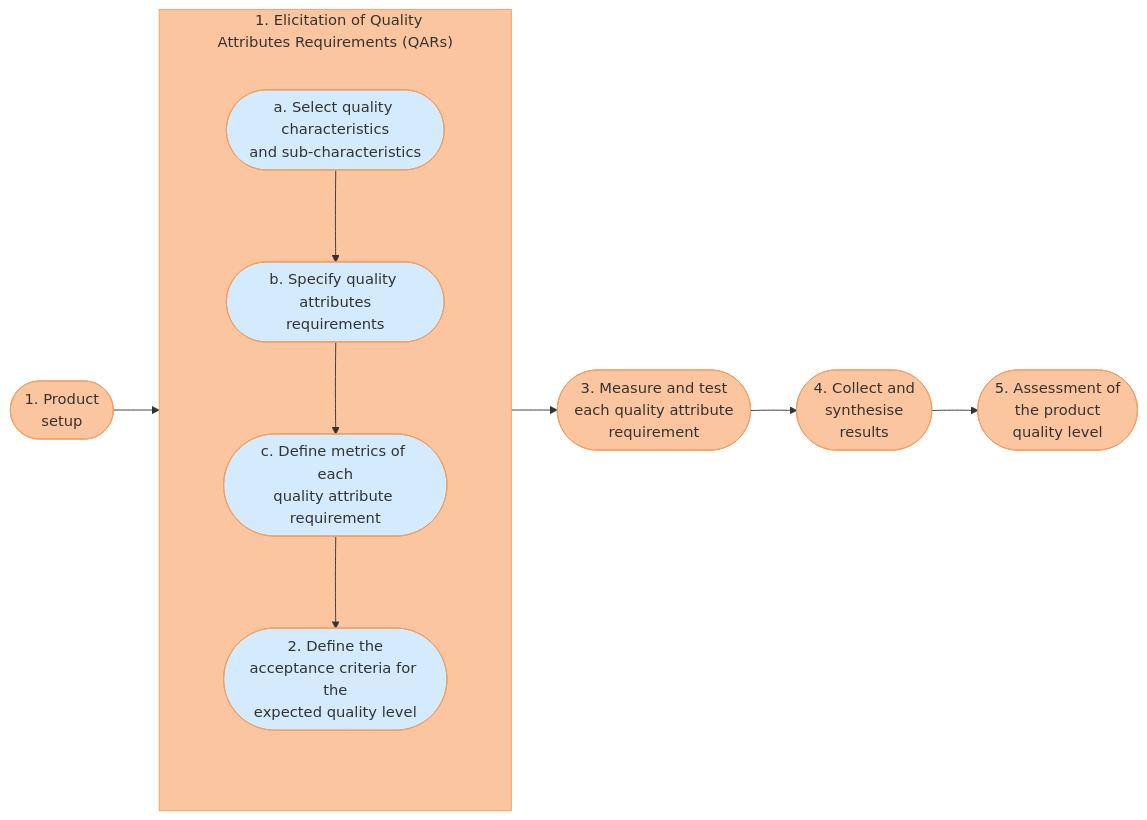
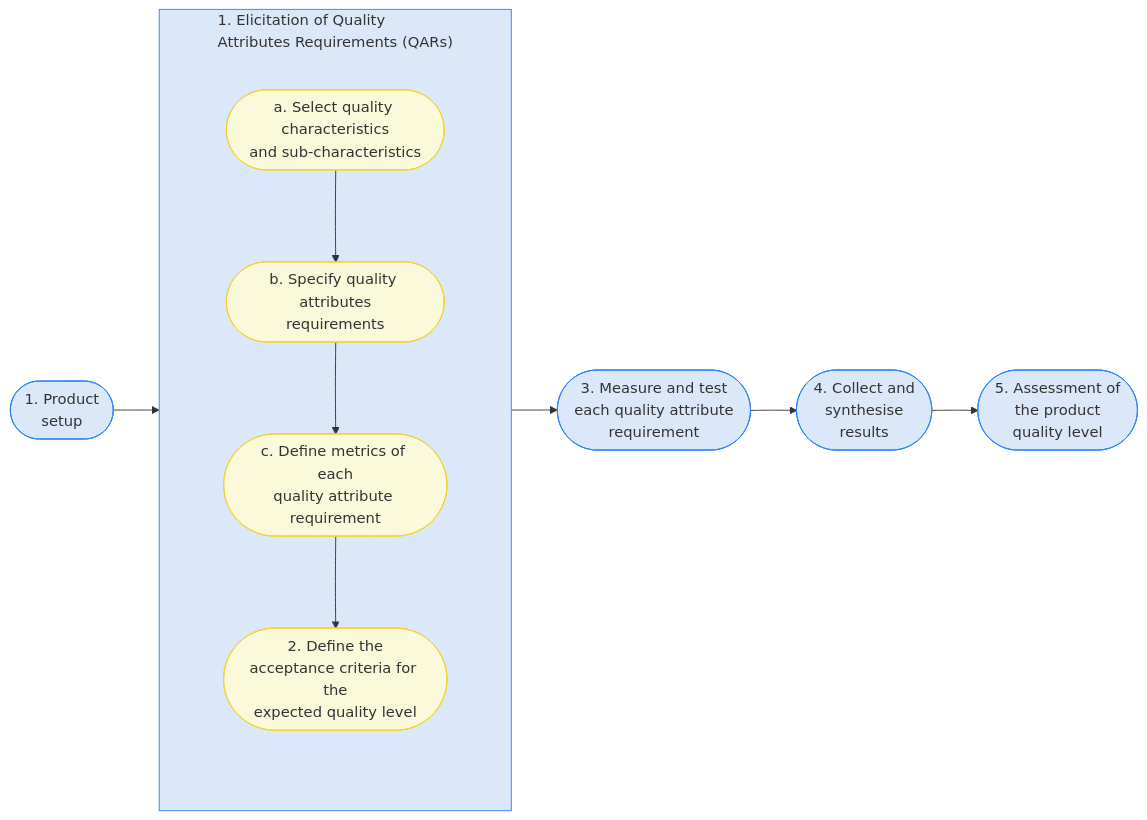
The diagram in notes/unit8_metrics/internal.md (edinburgh-napier/SET09102), drawn with Mermaid before and after one commit.

````diff
--- a/notes/unit8_metrics/internal.md
+++ b/notes/unit8_metrics/internal.md
@@ -393,40 +393,40 @@
 ``` mermaid
 flowchart LR
     classDef invisible stroke:none,fill:none
-    classDef mainStep fill:#fbc69f,stroke:#ef9f65
-    classDef subStep fill:#d3ebfc,stroke:#ef9f65
+    classDef mainStep fill:#dae8fa,stroke:#2c84fa
+    classDef subStep fill:#fafada,stroke:#f7d12e
 
-    subgraph id2["&nbsp;&nbsp;&nbsp;&nbsp;&nbsp;&nbsp;&nbsp;&nbsp;1. Elicitation of Quality<br/>Attributes Requirements (QARs)"]
+    subgraph id2["1. Elicitation of Quality<br/>Attributes Requirements (QARs)"]
         subgraph spacer [ ]
             direction TB
             id2a --> id2b
             id2b --> id2c
             id2c --> id2d
         end
     end
 
-    id1([1. Product<br/>setup])
+    id1(["1. Product<br/>setup"])
     id2a(["a. Select quality characteristics<br/>and sub-characteristics"])
     id2b(["b. Specify quality attributes<br/>requirements"])
     id2c(["c. Define metrics of each<br/>quality attribute requirement"])
     id2d(["2. Define the<br/>acceptance criteria for the<br/>expected quality level"])
     id3(["3. Measure and test<br/>each quality attribute<br/>requirement"])
     id4(["4. Collect and<br/>synthesise<br/>results"])
     id5(["5. Assessment of<br/>the product<br/>quality level"])
 
     id1 --> id2
     id2 --> id3
     id3 --> id4
     id4 --> id5
 
     class spacer invisible
     class id1 mainStep
     class id2 mainStep
     class id3 mainStep
     class id4 mainStep
     class id5 mainStep
     class id2a subStep
     class id2b subStep
     class id2c subStep
     class id2d subStep
 ```
````
